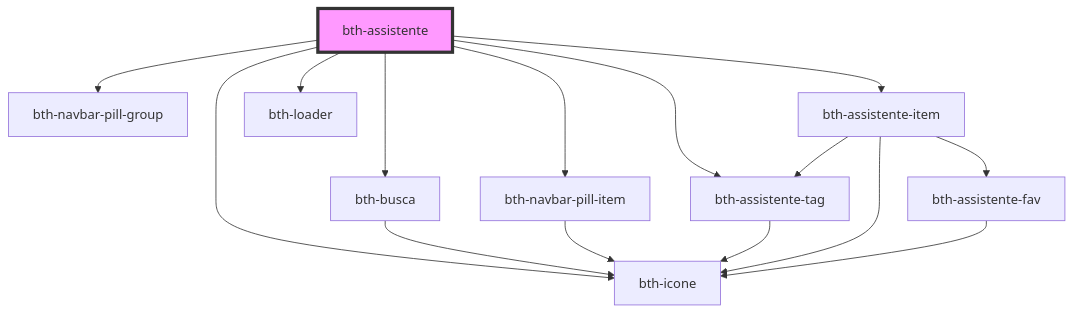
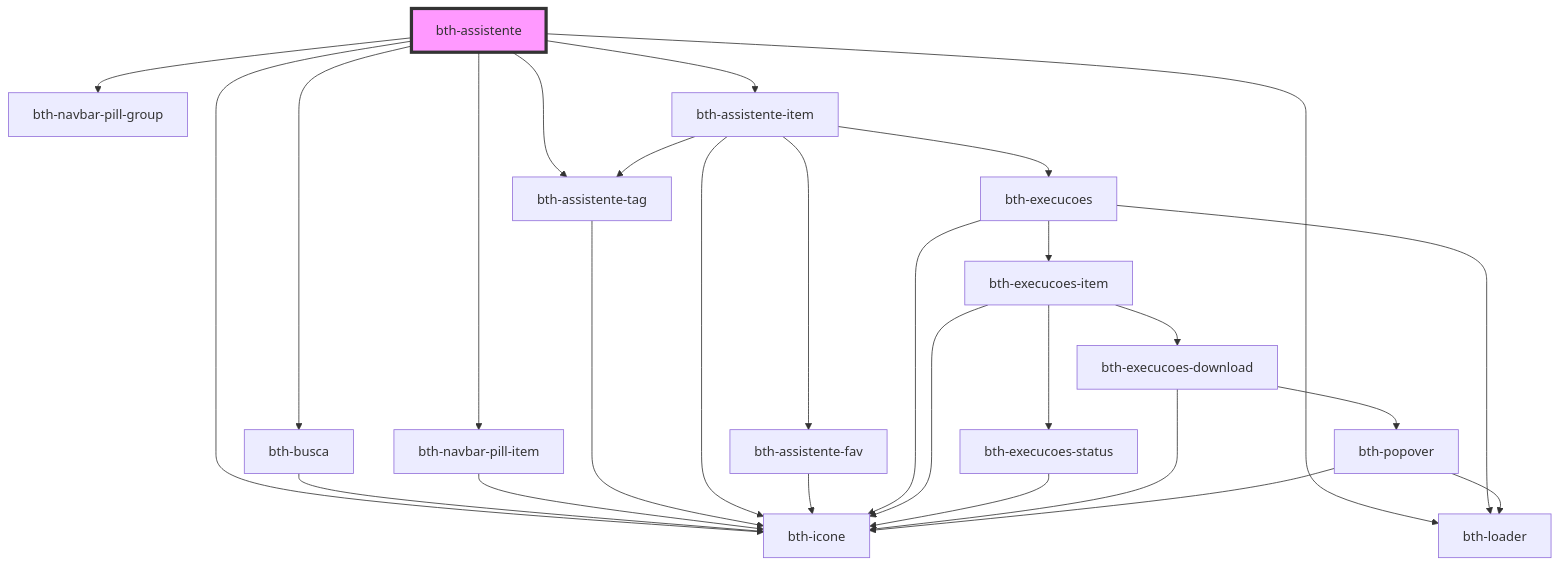
Before and after one commit to lucasbeskow/estrutura-componentes: the diagram in src/components/assistente/readme.md, drawn with Mermaid. The commit also changed 32 other files, not shown here.

````diff
--- a/src/components/assistente/readme.md
+++ b/src/components/assistente/readme.md
@@ -29,18 +29,30 @@
 ```mermaid
 graph TD;
   bth-assistente --> bth-busca
   bth-assistente --> bth-navbar-pill-group
   bth-assistente --> bth-navbar-pill-item
   bth-assistente --> bth-assistente-tag
   bth-assistente --> bth-assistente-item
   bth-assistente --> bth-icone
   bth-assistente --> bth-loader
   bth-busca --> bth-icone
   bth-navbar-pill-item --> bth-icone
   bth-assistente-tag --> bth-icone
   bth-assistente-item --> bth-assistente-fav
   bth-assistente-item --> bth-icone
   bth-assistente-item --> bth-assistente-tag
+  bth-assistente-item --> bth-execucoes
   bth-assistente-fav --> bth-icone
+  bth-execucoes --> bth-execucoes-item
+  bth-execucoes --> bth-icone
+  bth-execucoes --> bth-loader
+  bth-execucoes-item --> bth-execucoes-status
+  bth-execucoes-item --> bth-icone
+  bth-execucoes-item --> bth-execucoes-download
+  bth-execucoes-status --> bth-icone
+  bth-execucoes-download --> bth-icone
+  bth-execucoes-download --> bth-popover
+  bth-popover --> bth-icone
+  bth-popover --> bth-loader
   style bth-assistente fill:#f9f,stroke:#333,stroke-width:4px
 ```
````
